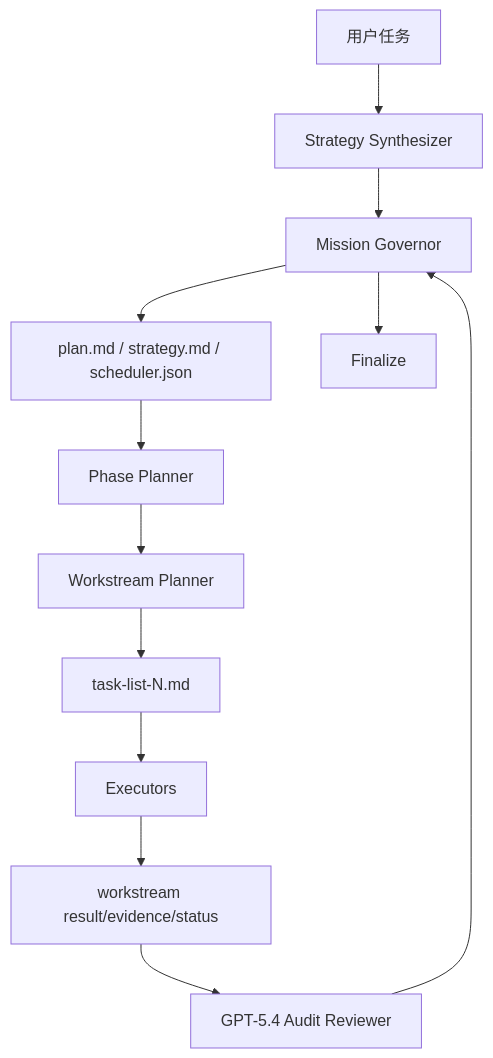
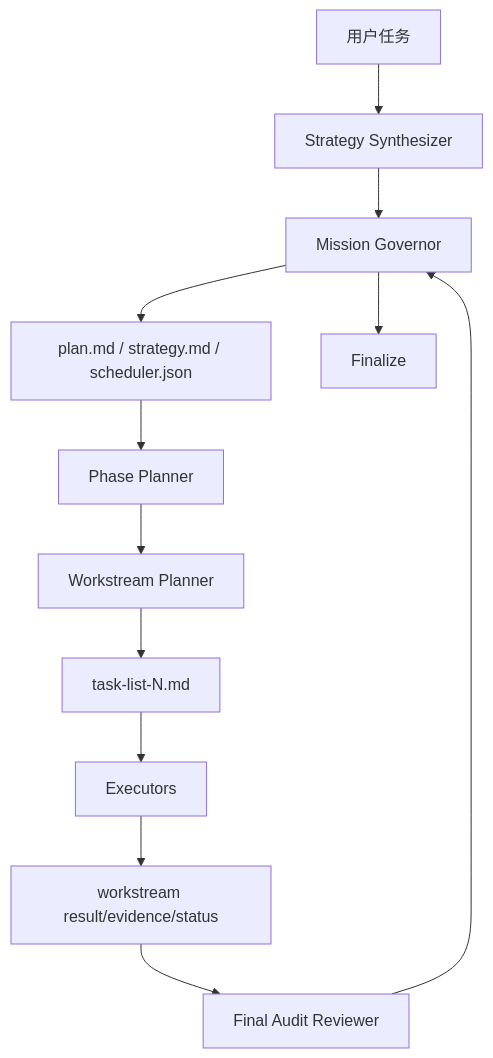
One commit to acheng-byte/iLongRun changed the diagram in README.md. Above: the diagram before and after it, drawn with Mermaid. The commit also changed other lines of this file and 26 other files, not shown here.

````diff
--- a/README.md
+++ b/README.md
@@ -242,14 +335,14 @@
 ```mermaid
 flowchart TD
     U[用户任务] --> S[Strategy Synthesizer]
     S --> G[Mission Governor]
     G --> P[plan.md / strategy.md / scheduler.json]
     P --> PP[Phase Planner]
     PP --> WP[Workstream Planner]
     WP --> T[task-list-N.md]
     T --> E[Executors]
     E --> R[workstream result/evidence/status]
-    R --> A[GPT-5.4 Audit Reviewer]
+    R --> A[Final Audit Reviewer]
     A --> G
     G --> F[Finalize]
 ```
````
